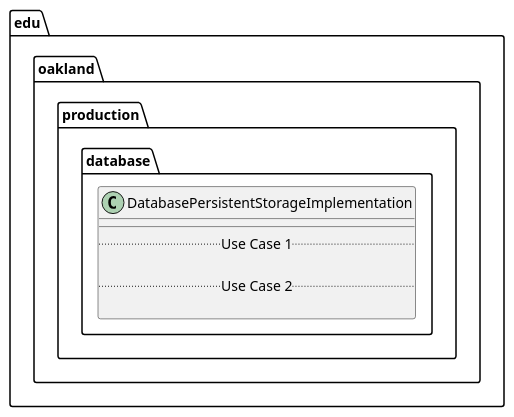
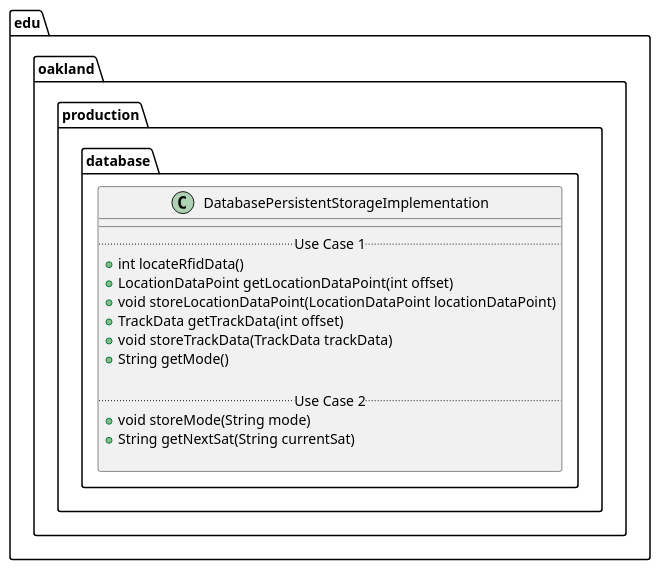
One commit to andrewdimmer/csi-3370-software-project changed the diagram in docs/uml-class-diagrams/database/production/DatabasePersistentStorageImplementation/DatabasePersistentStorageImplementation.puml. Above: the diagram before and after it, drawn with PlantUML.

Commit message:
[Database] Added Class/DatabasepersistentStorageImplementation UML Class Diagram

```diff
--- a/docs/uml-class-diagrams/database/production/DatabasePersistentStorageImplementation/DatabasePersistentStorageImplementation.puml
+++ b/docs/uml-class-diagrams/database/production/DatabasePersistentStorageImplementation/DatabasePersistentStorageImplementation.puml
@@ -1,13 +1,21 @@
 @startuml DatabasePersistentStorageImplementation
 
 package edu.oakland.production.database {
     class DatabasePersistentStorageImplementation {
         __
         .. Use Case 1 ..
+        + int locateRfidData()
+        + LocationDataPoint getLocationDataPoint(int offset)
+        + void storeLocationDataPoint(LocationDataPoint locationDataPoint)
+        + TrackData getTrackData(int offset)
+        + void storeTrackData(TrackData trackData)
+        + String getMode()
 
         .. Use Case 2 ..
+        + void storeMode(String mode)
+        + String getNextSat(String currentSat)
 
     }
 }
 
 @enduml
```
